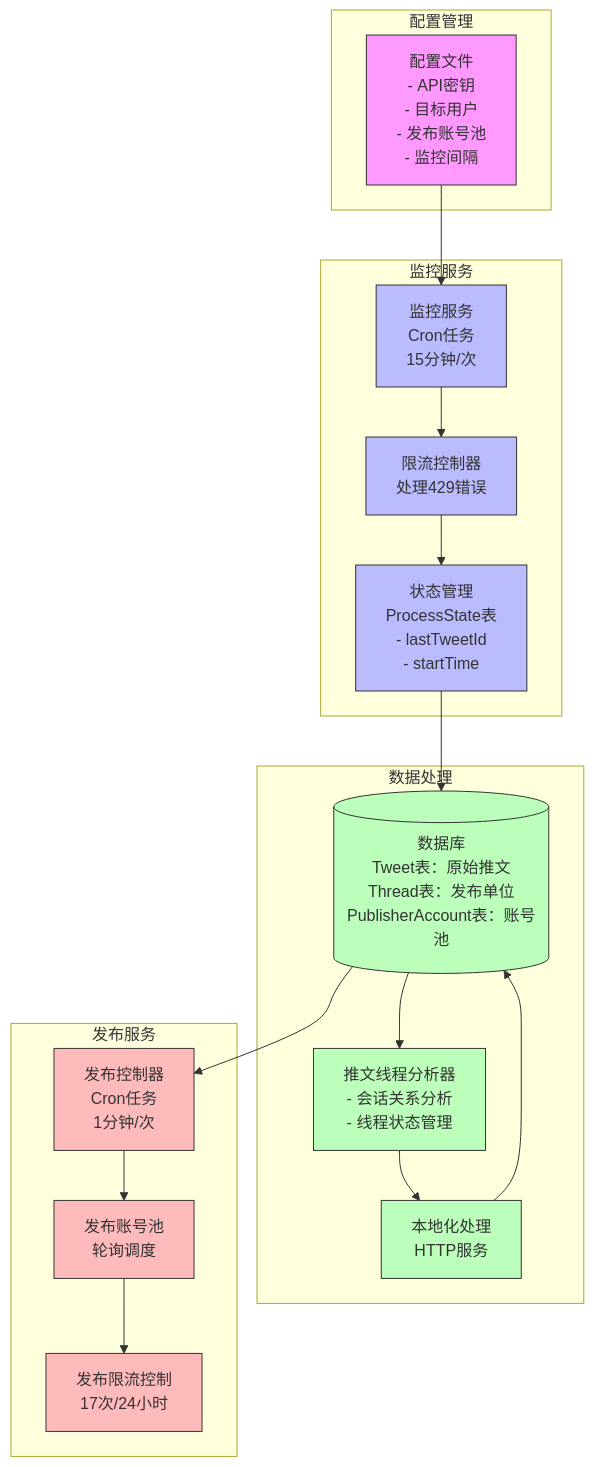
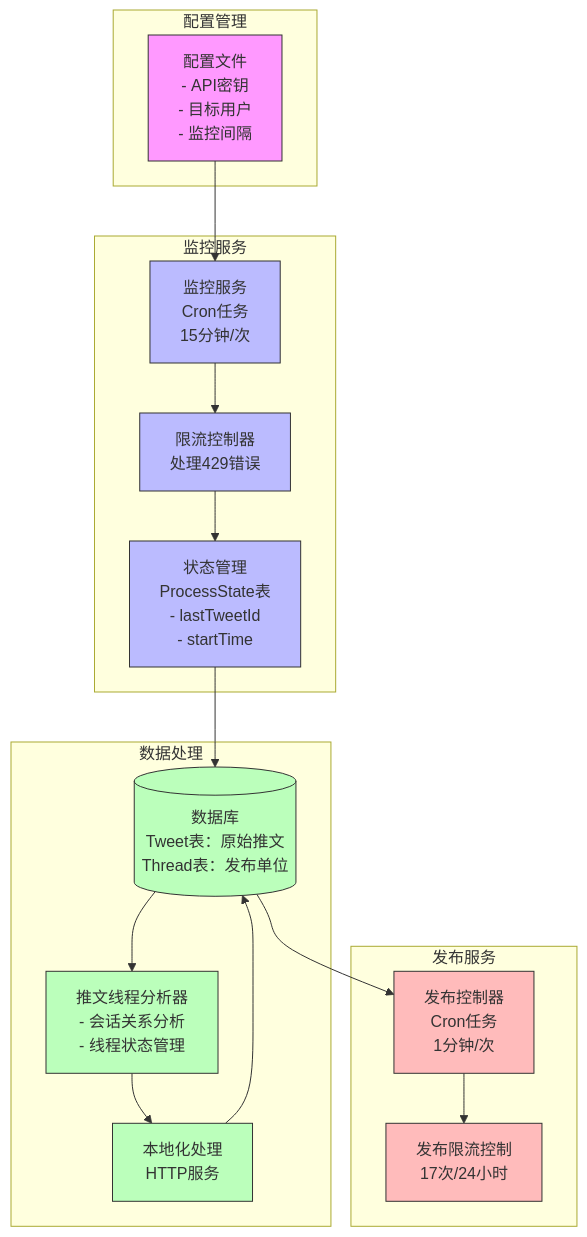
One commit to frmachao/twitter-mirror changed the diagram in docs/architecture.md. Above: the diagram before and after it, drawn with Mermaid. The commit also changed 13 other files, not shown here.

````diff
--- a/docs/architecture.md
+++ b/docs/architecture.md
@@ -1,45 +1,43 @@
 ```mermaid
 graph TB
     subgraph 配置管理
-    Config[配置文件<br/>- API密钥<br/>- 目标用户<br/>- 发布账号池<br/>- 监控间隔]
+    Config[配置文件<br/>- API密钥<br/>- 目标用户<br/>- 监控间隔]
     end
 
     subgraph 监控服务
     Monitor[监控服务<br/>Cron任务<br/>15分钟/次]
     RateLimit[限流控制器<br/>处理429错误]
     LastState[状态管理<br/>ProcessState表<br/>- lastTweetId<br/>- startTime]
     end
 
     subgraph 数据处理
     ThreadAnalyzer[推文线程分析器<br/>- 会话关系分析<br/>- 线程状态管理]
     Translator[本地化处理<br/>HTTP服务]
-    DB[(数据库<br/>Tweet表：原始推文<br/>Thread表：发布单位<br/>PublisherAccount表：账号池)]
+    DB[(数据库<br/>Tweet表：原始推文<br/>Thread表：发布单位)]
     end
 
     subgraph 发布服务
     Publisher[发布控制器<br/>Cron任务<br/>1分钟/次]
-    AccountPool[发布账号池<br/>轮询调度]
     PublishRateLimit[发布限流控制<br/>17次/24小时]
     end
 
     Config --> Monitor
     Monitor --> RateLimit
     RateLimit --> LastState
     LastState --> DB
     DB --> ThreadAnalyzer
     ThreadAnalyzer --> Translator
     Translator --> DB
     DB --> Publisher
-    Publisher --> AccountPool
-    AccountPool --> PublishRateLimit
+    Publisher --> PublishRateLimit
     
     classDef config fill:#f9f,stroke:#333
     classDef monitor fill:#bbf,stroke:#333
     classDef process fill:#bfb,stroke:#333
     classDef publish fill:#fbb,stroke:#333
     
     class Config config
     class Monitor,RateLimit,LastState monitor
     class ThreadAnalyzer,Translator,DB process
-    class Publisher,AccountPool,PublishRateLimit publish
+    class Publisher,PublishRateLimit publish
 ``` 
````
